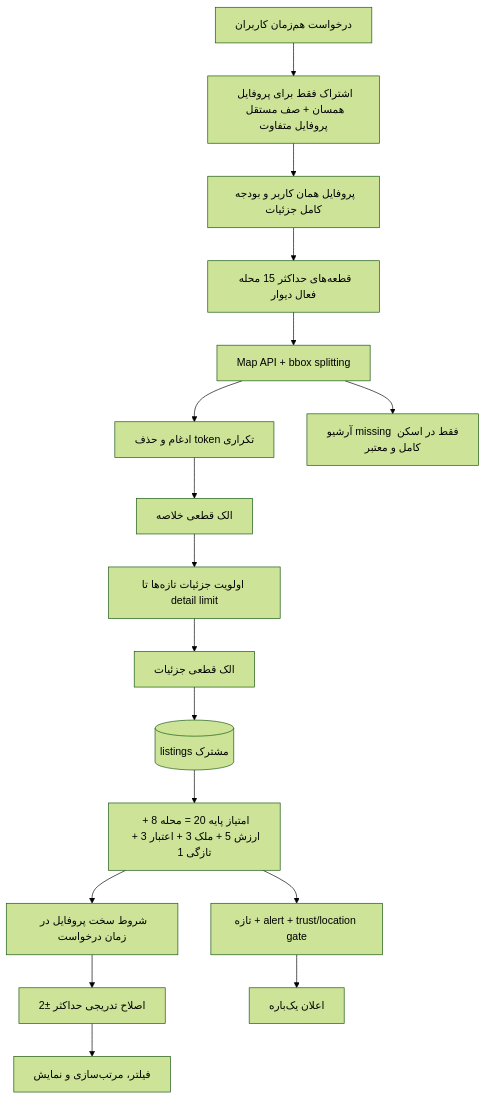
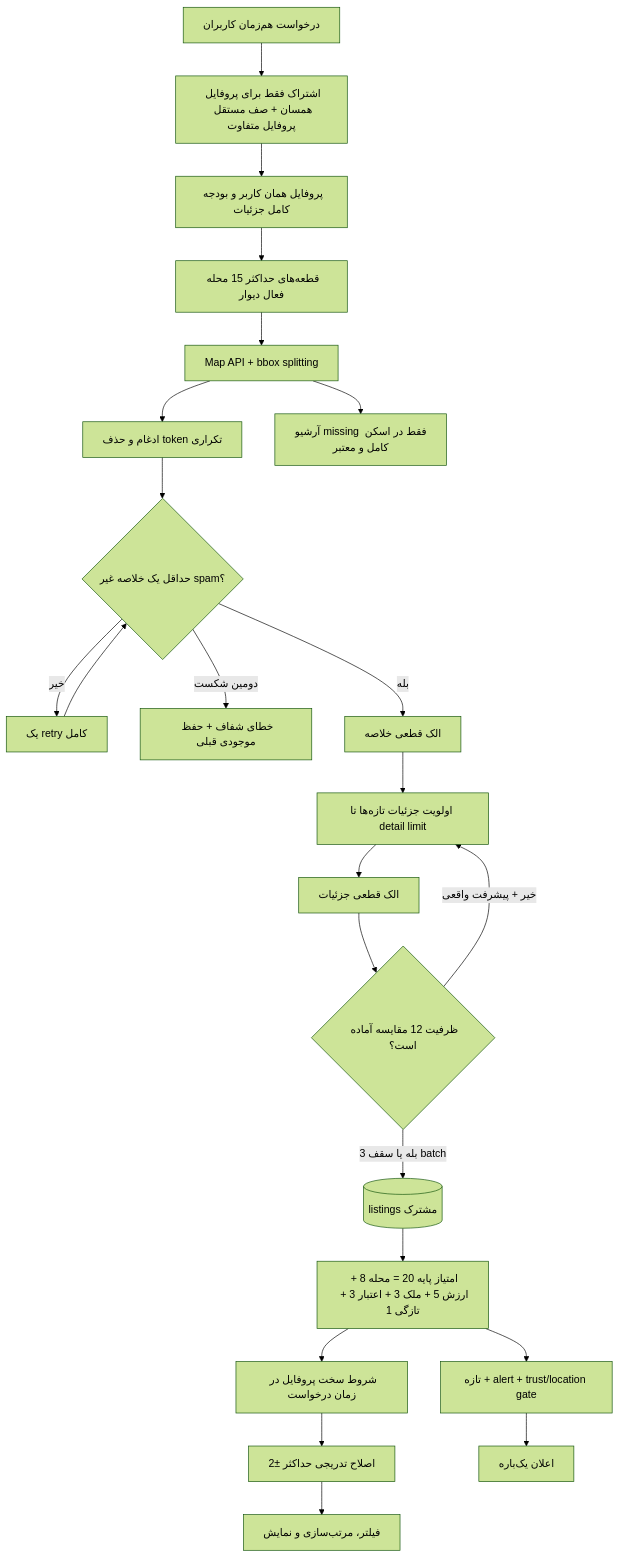
The third of 5 diagrams in ARCHITECTURE.md (mohsen8209/khaneh-yab-public), drawn with Mermaid (forest theme) before and after one commit. The commit also changed other lines of this file and 18 other files, not shown here.

````diff
--- a/ARCHITECTURE.md
+++ b/ARCHITECTURE.md
@@ -68,19 +68,27 @@
 ```mermaid
 flowchart TD
     Requests[درخواست هم‌زمان کاربران] --> Queue[اشتراک فقط برای پروفایل همسان + صف مستقل پروفایل متفاوت]
     Queue --> Profiles[پروفایل همان کاربر و بودجه کامل جزئیات]
     Profiles --> URLs[قطعه‌های حداکثر 15 محله فعال دیوار]
     URLs --> Map[Map API + bbox splitting]
     Map --> Merge[ادغام و حذف token تکراری]
-    Merge --> Early[الک قطعی خلاصه]
+    Merge --> ResponseGate{حداقل یک خلاصه غیر spam؟}
+    ResponseGate -->|خیر| Retry[یک retry کامل]
+    Retry --> ResponseGate
+    ResponseGate -->|دومین شکست| Preserve[خطای شفاف + حفظ موجودی قبلی]
+    ResponseGate -->|بله| Early
+    Early[الک قطعی خلاصه]
     Early --> Details[اولویت جزئیات تازه‌ها تا detail limit]
     Details --> HardSpam[الک قطعی جزئیات]
-    HardSpam --> Store[(listings مشترک)]
+    HardSpam --> CalibrationGate{ظرفیت 12 مقایسه آماده است؟}
+    CalibrationGate -->|خیر + پیشرفت واقعی| Details
+    CalibrationGate -->|بله یا سقف 3 batch| Store
+    Store[(listings مشترک)]
     Store --> Base[امتیاز پایه 20 = محله 8 + ارزش 5 + ملک 3 + اعتبار 3 + تازگی 1]
     Base --> UserScope[شروط سخت پروفایل در زمان درخواست]
     UserScope --> Personal[اصلاح تدریجی حداکثر ±2]
     Personal --> Dashboard[فیلتر، مرتب‌سازی و نمایش]
     Base --> NotifyGate[تازه + alert + trust/location gate]
     NotifyGate --> Ntfy[اعلان یک‌باره]
     Map --> Archive[آرشیو missing فقط در اسکن کامل و معتبر]
 ```
````
